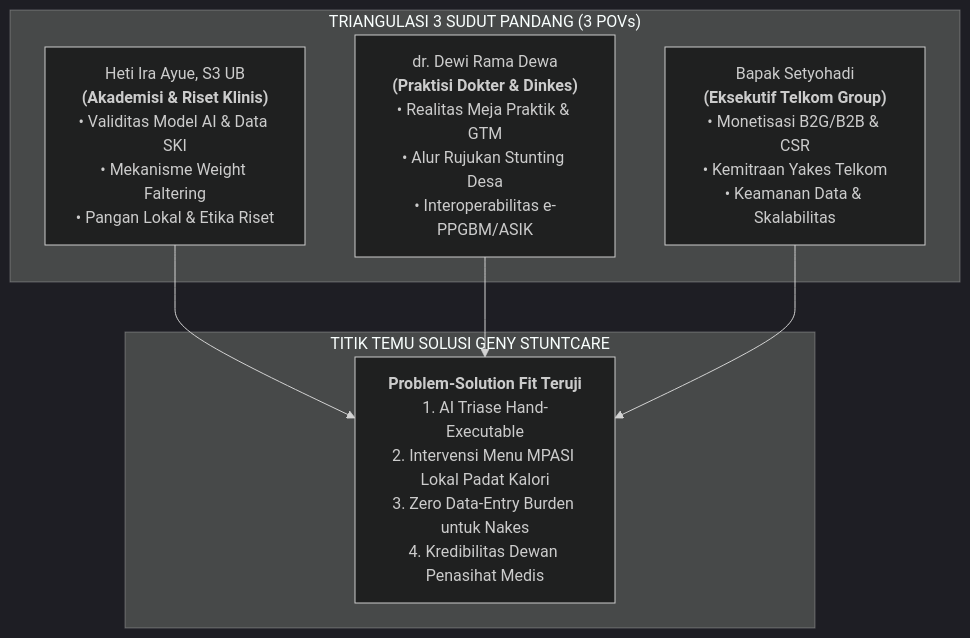
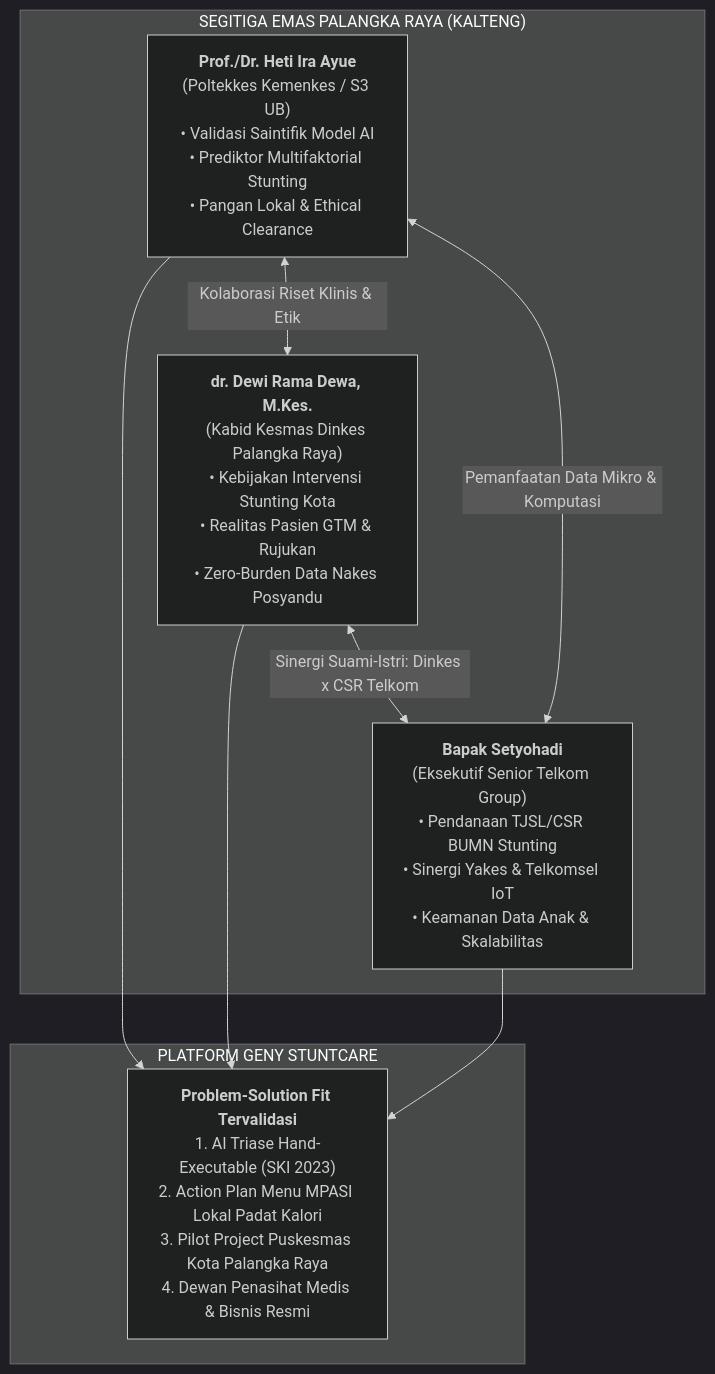
One commit to gerrardgs/Inkubasi-Startup-BTP changed the second of 2 diagrams in 06-expert-advisory-meeting/README.md. Above: the diagram before and after it, drawn with Mermaid (dark theme). The commit also changed other lines of this file, not shown here.

Commit message:
docs(advisory): perbarui master guide dengan peta progres proyek lengkap, rekam jejak pakar Palangka Raya, sinergi suami-istri, dan skenario pilot tripartit

````diff
--- a/06-expert-advisory-meeting/README.md
+++ b/06-expert-advisory-meeting/README.md
@@ -33,16 +90,19 @@
 ```mermaid
 graph TD
-    subgraph Panel_Pakar["TRIANGULASI 3 SUDUT PANDANG (3 POVs)"]
-        A["Heti Ira Ayue, S3 UB<br><b>(Akademisi & Riset Klinis)</b><br>• Validitas Model AI & Data SKI<br>• Mekanisme Weight Faltering<br>• Pangan Lokal & Etika Riset"]
-        B["dr. Dewi Rama Dewa<br><b>(Praktisi Dokter & Dinkes)</b><br>• Realitas Meja Praktik & GTM<br>• Alur Rujukan Stunting Desa<br>• Interoperabilitas e-PPGBM/ASIK"]
-        C["Bapak Setyohadi<br><b>(Eksekutif Telkom Group)</b><br>• Monetisasi B2G/B2B & CSR<br>• Kemitraan Yakes Telkom<br>• Keamanan Data & Skalabilitas"]
+    subgraph Segitiga_Emas["SEGITIGA EMAS PALANGKA RAYA (KALTENG)"]
+        A["<b>Prof./Dr. Heti Ira Ayue</b><br>(Poltekkes Kemenkes / S3 UB)<br>• Validasi Saintifik Model AI<br>• Prediktor Multifaktorial Stunting<br>• Pangan Lokal & Ethical Clearance"]
+        B["<b>dr. Dewi Rama Dewa, M.Kes.</b><br>(Kabid Kesmas Dinkes Palangka Raya)<br>• Kebijakan Intervensi Stunting Kota<br>• Realitas Pasien GTM & Rujukan<br>• Zero-Burden Data Nakes Posyandu"]
+        C["<b>Bapak Setyohadi</b><br>(Eksekutif Senior Telkom Group)<br>• Pendanaan TJSL/CSR BUMN Stunting<br>• Sinergi Yakes & Telkomsel IoT<br>• Keamanan Data Anak & Skalabilitas"]
     end
 
-    subgraph Sweet_Spot["TITIK TEMU SOLUSI GENY STUNTCARE"]
-        D["<b>Problem-Solution Fit Teruji</b><br>1. AI Triase Hand-Executable<br>2. Intervensi Menu MPASI Lokal Padat Kalori<br>3. Zero Data-Entry Burden untuk Nakes<br>4. Kredibilitas Dewan Penasihat Medis"]
+    subgraph Solusi_Geny["PLATFORM GENY STUNTCARE"]
+        D["<b>Problem-Solution Fit Tervalidasi</b><br>1. AI Triase Hand-Executable (SKI 2023)<br>2. Action Plan Menu MPASI Lokal Padat Kalori<br>3. Pilot Project Puskesmas Kota Palangka Raya<br>4. Dewan Penasihat Medis & Bisnis Resmi"]
     end
 
+    A <-->|Kolaborasi Riset Klinis & Etik| B
+    B <-->|Sinergi Suami-Istri: Dinkes x CSR Telkom| C
+    A <-->|Pemanfaatan Data Mikro & Komputasi| C
     A --> D
     B --> D
     C --> D
 ```
````
